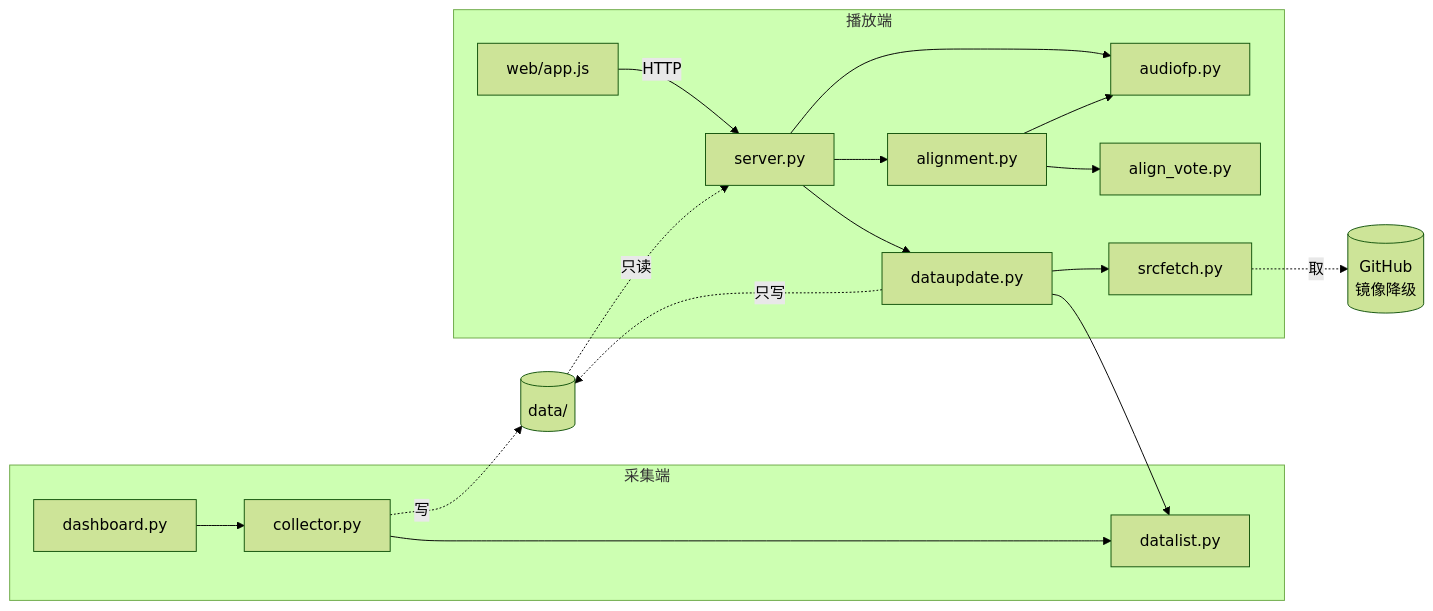
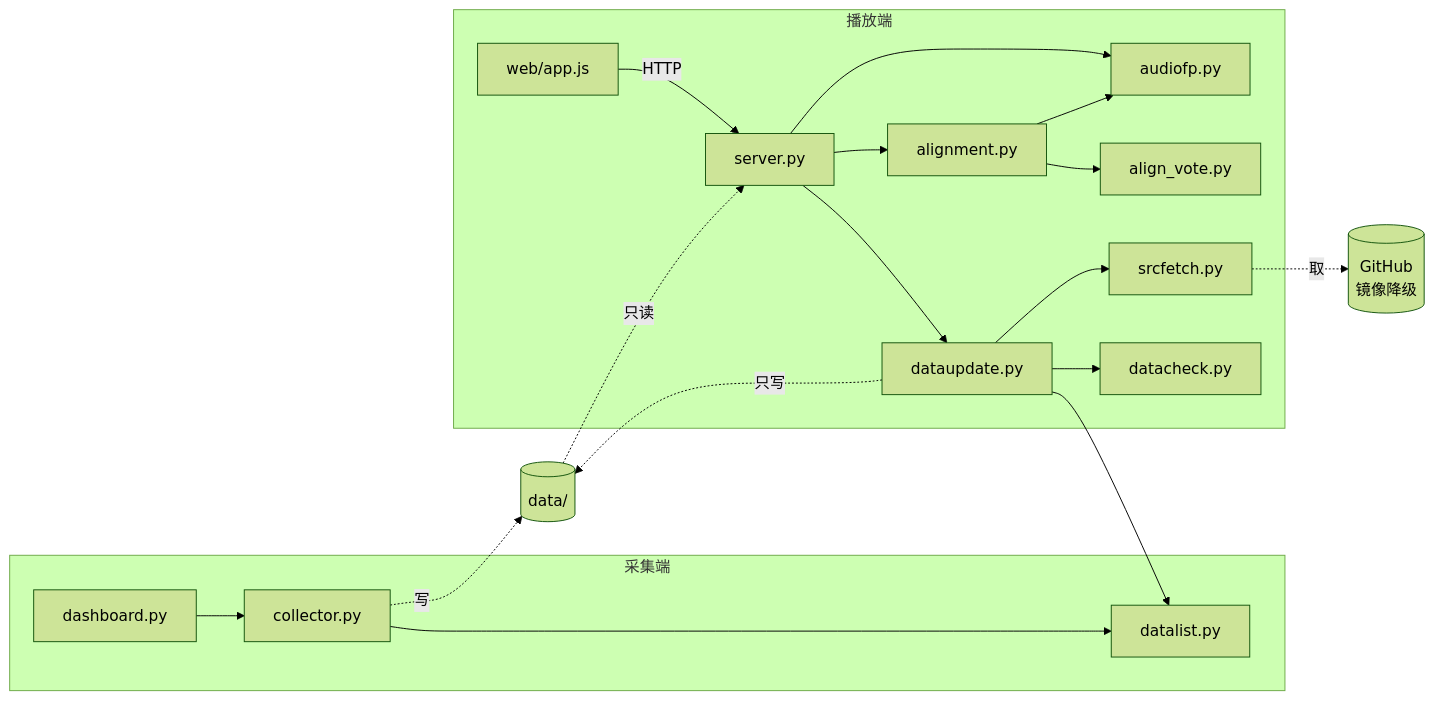
The first of 3 diagrams in 架构总览.md (root9701/danmaku-timewarp), drawn with Mermaid (forest theme) before and after one commit. The commit also changed other lines of this file and 5 other files, not shown here.

````diff
--- a/架构总览.md
+++ b/架构总览.md
@@ -33,21 +34,22 @@
 ```mermaid
 flowchart LR
   subgraph 采集端
     D[dashboard.py] --> C[collector.py]
     C --> L[live_audiofp.py]
   end
   subgraph 播放端
     S[server.py] --> AL[alignment.py]
     S --> A[audiofp.py]
     AL --> A
     AL --> V[align_vote.py]
     S --> U[dataupdate.py]
     U --> L[datalist.py]
     U --> F[srcfetch.py]
+    U --> K[datacheck.py]
     W[web/app.js] -->|HTTP| S
   end
   C -.写.-> FS[(data/)]
   FS -.只读.-> S
   U -.只写.-> FS
   F -.取.-> GH[(GitHub<br/>镜像降级)]
 ```
````
